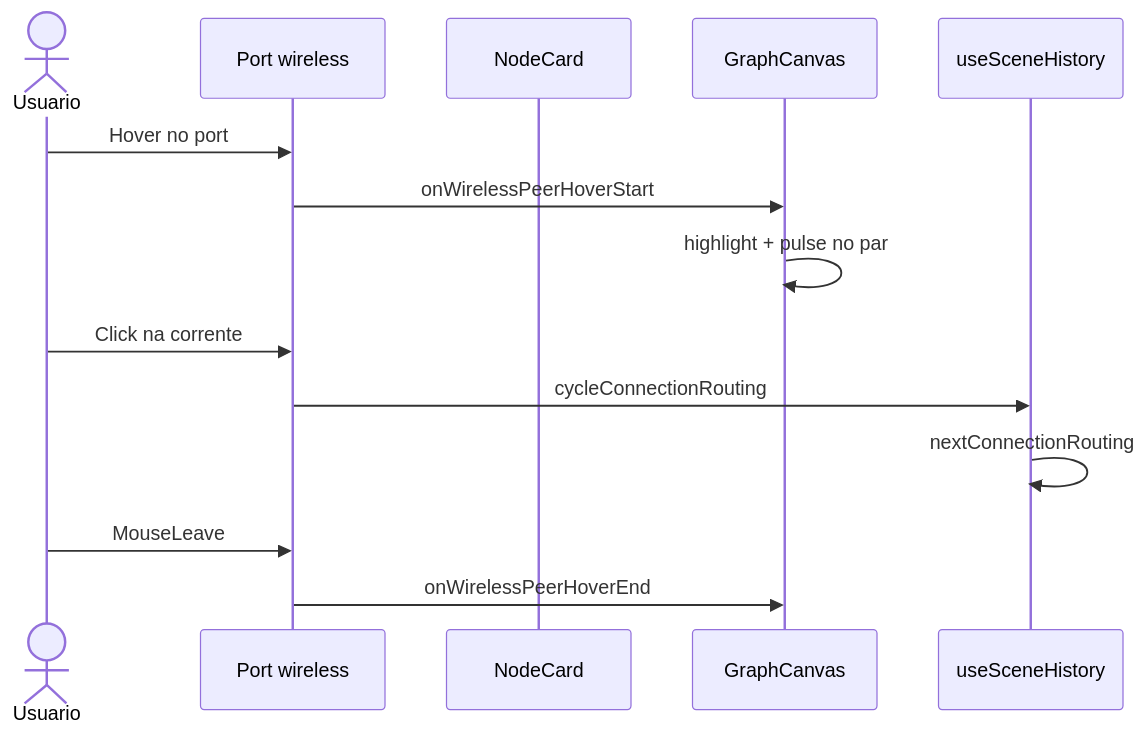
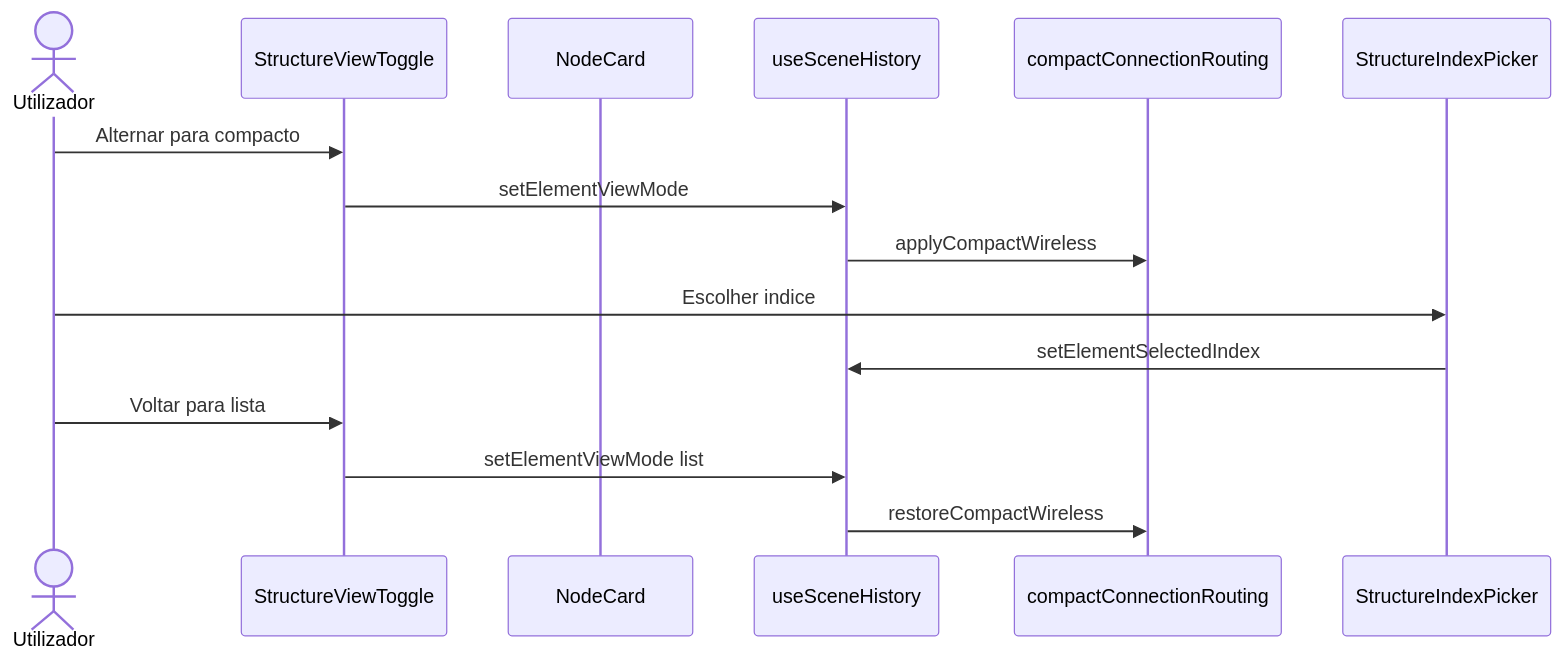
One commit to JunioCesar96/Node-Graphs-League-of-Legends changed the second of 2 diagrams in README.md. Above: the diagram before and after it, drawn with Mermaid. The commit also changed other lines of this file and 34 other files, not shown here.

First line of the commit message:
feat: modo compacto de estruturas internas com wireless automatico

````diff
--- a/README.md
+++ b/README.md
@@ -48,19 +44,20 @@
 ```mermaid
 sequenceDiagram
-  actor U as Usuario
-  participant Port as Port wireless
+  actor U as Utilizador
+  participant Toggle as StructureViewToggle
   participant NC as NodeCard
-  participant GC as GraphCanvas
   participant Hist as useSceneHistory
+  participant CR as compactConnectionRouting
+  participant Picker as StructureIndexPicker
 
-  U->>Port: Hover no port
-  Port->>GC: onWirelessPeerHoverStart
-  GC->>GC: highlight + pulse no par
+  U->>Toggle: Alternar para compacto
+  Toggle->>Hist: setElementViewMode
+  Hist->>CR: applyCompactWireless
 
-  U->>Port: Click na corrente
-  Port->>Hist: cycleConnectionRouting
-  Hist->>Hist: nextConnectionRouting
+  U->>Picker: Escolher indice
+  Picker->>Hist: setElementSelectedIndex
 
-  U->>Port: MouseLeave
-  Port->>GC: onWirelessPeerHoverEnd
+  U->>Toggle: Voltar para lista
+  Toggle->>Hist: setElementViewMode list
+  Hist->>CR: restoreCompactWireless
 ```
````
